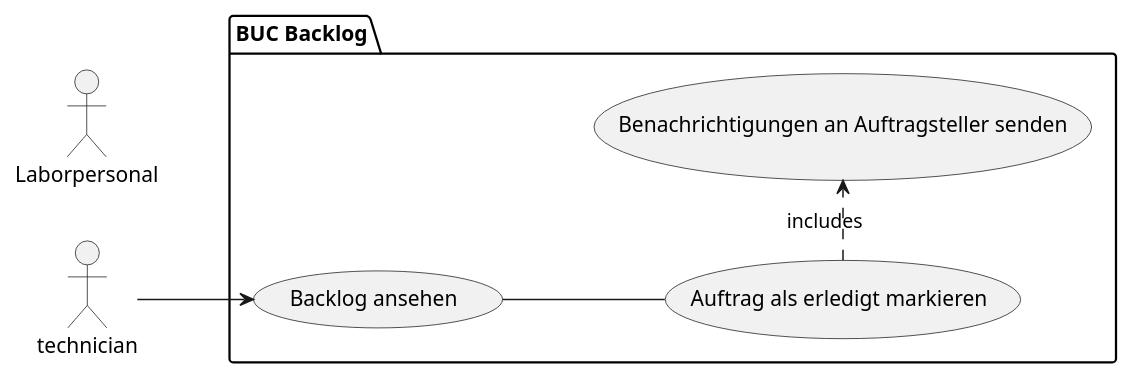
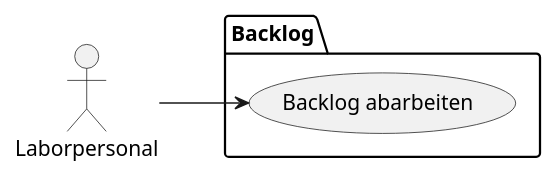
One commit to helenlaible/ss23-kba-project changed the ninth of 9 diagrams in docs/2_planning/1_business_use_cases.md. Above: the diagram before and after it, drawn with PlantUML. The commit also changed other lines of this file, not shown here.

````diff
--- a/docs/2_planning/1_business_use_cases.md
+++ b/docs/2_planning/1_business_use_cases.md
@@ -236,16 +245,11 @@
 ```plantuml BUC Backlog
+@startuml
 left to right direction
-
-actor "Laborpersonal" as laboratory
-
-package "BUC Backlog" {
-  usecase "Backlog ansehen" as UC1
-  usecase "Auftrag als erledigt markieren" as UC2
-  usecase "Benachrichtigungen an Auftragsteller senden" as UC3
+actor Laborpersonal as lb
+package Backlog {
+  usecase "Backlog abarbeiten" as UC1
 }
 
-technician --> UC1
-
-(UC1) -- (UC2)
-(UC2) .> (UC3) : includes
+lb --> UC1
+@enduml
 ```
````
